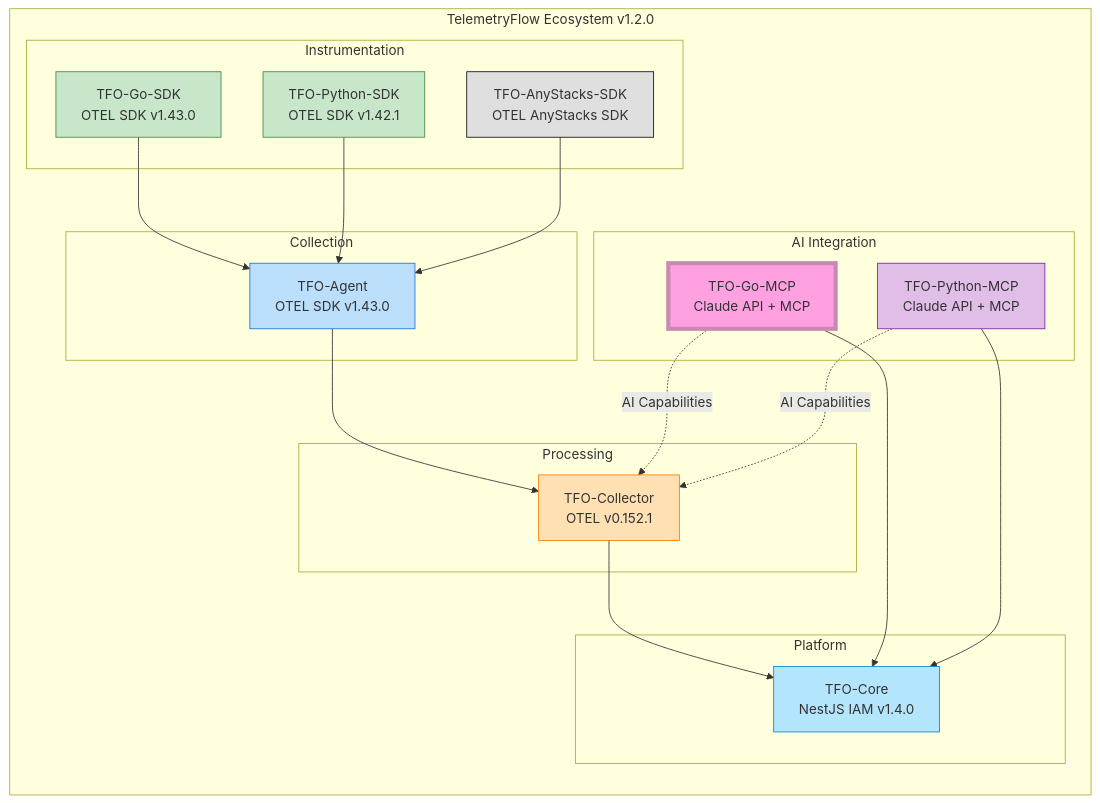
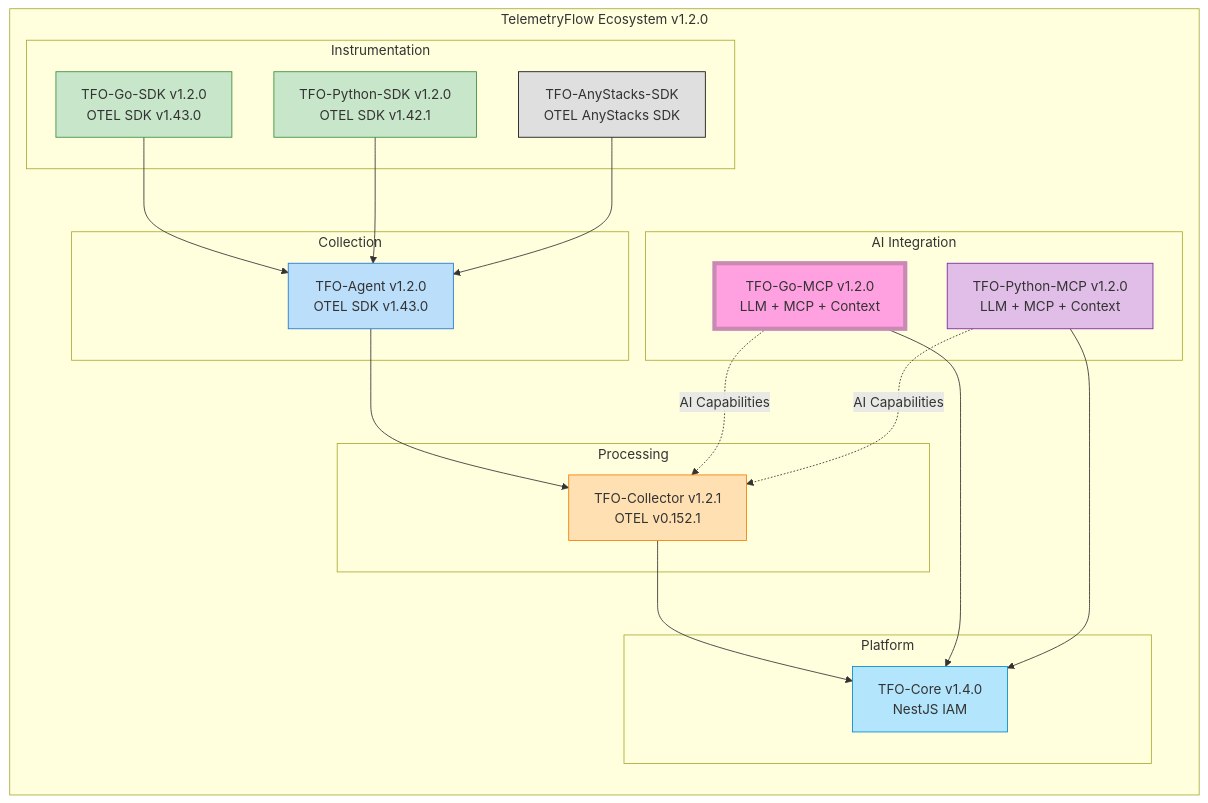
One commit to telemetryflow/telemetryflow-go-mcp changed the first of 3 diagrams in README.md. Above: the diagram before and after it, drawn with Mermaid. The commit also changed other lines of this file and 2 other files, not shown here.

````diff
--- a/README.md
+++ b/README.md
@@ -40,42 +41,42 @@
 ```mermaid
 graph LR
     subgraph "TelemetryFlow Ecosystem v1.2.0"
         subgraph "Instrumentation"
-            SDK_GO[TFO-Go-SDK<br/>OTEL SDK v1.43.0]
-            SDK_PY[TFO-Python-SDK<br/>OTEL SDK v1.42.1]
+            SDK_GO[TFO-Go-SDK v1.2.0<br/>OTEL SDK v1.43.0]
+            SDK_PY[TFO-Python-SDK v1.2.0<br/>OTEL SDK v1.42.1]
             SDK_OTHER[TFO-AnyStacks-SDK<br/>OTEL AnyStacks SDK]
         end
         subgraph "Collection"
-            AGENT[TFO-Agent<br/>OTEL SDK v1.43.0]
+            AGENT[TFO-Agent v1.2.0<br/>OTEL SDK v1.43.0]
         end
         subgraph "Processing"
-            COLLECTOR[TFO-Collector<br/>OTEL v0.152.1]
+            COLLECTOR[TFO-Collector v1.2.1<br/>OTEL v0.152.1]
         end
         subgraph "AI Integration"
-            MCP_GO[TFO-Go-MCP<br/>Claude API + MCP]
-            MCP_PY[TFO-Python-MCP<br/>Claude API + MCP]
+            MCP_GO[TFO-Go-MCP v1.2.0<br/>LLM + MCP + Context]
+            MCP_PY[TFO-Python-MCP v1.2.0<br/>LLM + MCP + Context]
         end
         subgraph "Platform"
-            CORE[TFO-Core<br/>NestJS IAM v1.4.0]
+            CORE[TFO-Core v1.4.0<br/>NestJS IAM]
         end
     end
 
     SDK_GO --> AGENT
     SDK_PY --> AGENT
     SDK_OTHER --> AGENT
     AGENT --> COLLECTOR
     COLLECTOR --> CORE
     MCP_GO --> CORE
     MCP_PY --> CORE
     MCP_GO -.-> |AI Capabilities| COLLECTOR
     MCP_PY -.-> |AI Capabilities| COLLECTOR
 
     style MCP_GO fill:#FFA1E1,stroke:#C989B4,stroke-width:5px
     style MCP_PY fill:#E1BEE7,stroke:#7B1FA2
     style SDK_GO fill:#C8E6C9,stroke:#388E3C
     style SDK_PY fill:#C8E6C9,stroke:#388E3C
     style SDK_OTHER fill:#DFDFDF,stroke:#0F0F0F
     style AGENT fill:#BBDEFB,stroke:#1976D2
     style COLLECTOR fill:#FFE0B2,stroke:#F57C00
     style CORE fill:#B3E5FC,stroke:#0288D1
 ```
````
